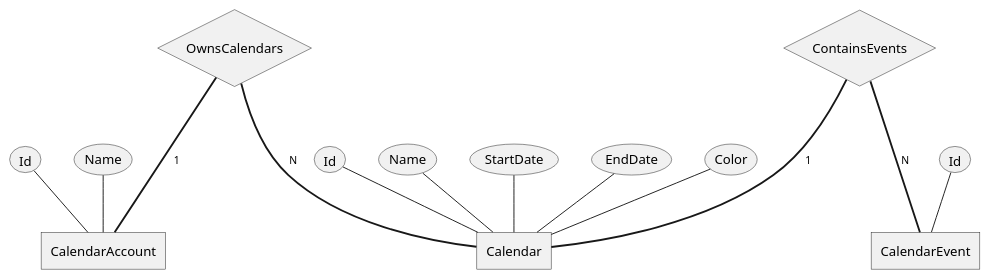
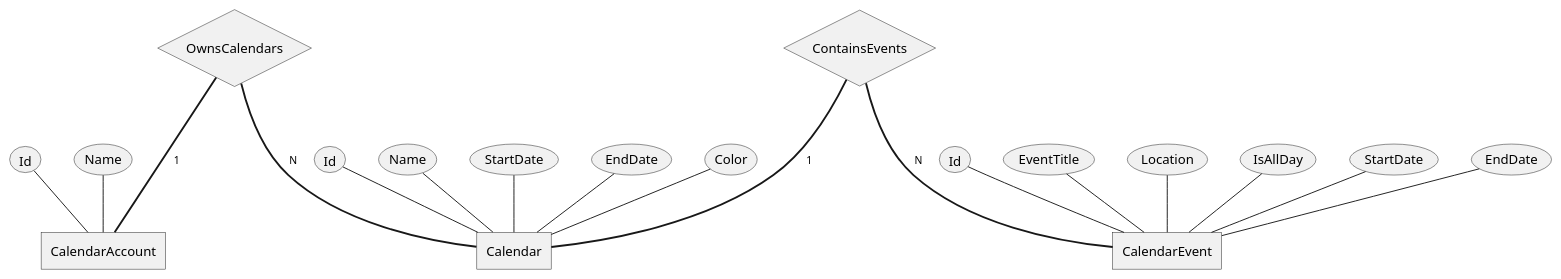
Before and after one commit to jadwalapp/symmetrical-spoon: the diagram in docs/diagrams/er/calendar.puml, drawn with PlantUML. The commit also changed 14 other files, not shown here.

```diff
--- a/docs/diagrams/er/calendar.puml
+++ b/docs/diagrams/er/calendar.puml
@@ -1,31 +1,35 @@
-@startchen ahmad
+@startchen Calendar
 
 entity CalendarAccount {
   Id
   Name
 }
 
 entity Calendar {
   Id
   Name
   StartDate
   EndDate
   Color
 }
 
 entity CalendarEvent {
   Id
-  
+  EventTitle
+  Location
+  IsAllDay
+  StartDate
+  EndDate
 }
 
 relationship OwnsCalendars {
 }
 OwnsCalendars =1= CalendarAccount
 OwnsCalendars =N= Calendar
 
 relationship ContainsEvents {
 }
 ContainsEvents =1= Calendar
 ContainsEvents =N= CalendarEvent
 
 @endchen
```
